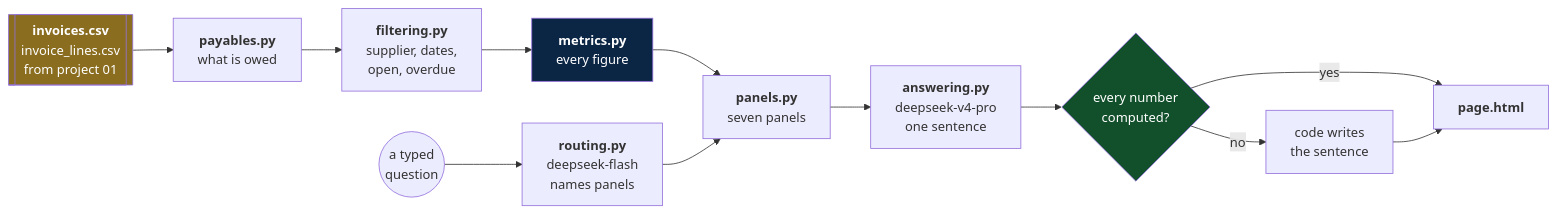
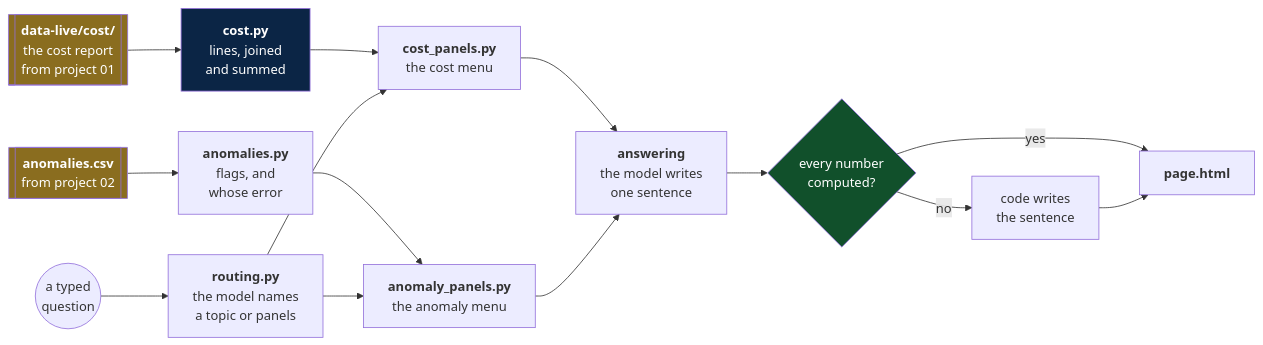
The diagram in README.md (RafaelTavares98/accounts-payable-dashboard-with-ai-chat-and-verified-numbers), drawn with Mermaid before and after one commit. The commit also changed other lines of this file and 109 other files, not shown here.

````diff
--- a/README.md
+++ b/README.md
@@ -23,17 +60,20 @@
 ```mermaid
 flowchart LR
-    A[["<b>invoices.csv</b><br/>invoice_lines.csv<br/>from project 01"]] --> B["<b>payables.py</b><br/>what is owed"]
-    B --> C["<b>filtering.py</b><br/>supplier, dates,<br/>open, overdue"]
-    C --> D["<b>metrics.py</b><br/>every figure"]
-    D --> E["<b>panels.py</b><br/>seven panels"]
-    Q(("a typed<br/>question")) --> R["<b>routing.py</b><br/>deepseek-flash<br/>names panels"]
+    A[["<b>data-live/cost/</b><br/>the cost report<br/>from project 01"]] --> B["<b>cost.py</b><br/>lines, joined<br/>and summed"]
+    N[["<b>anomalies.csv</b><br/>from project 02"]] --> M["<b>anomalies.py</b><br/>flags, and<br/>whose error"]
+    B --> E["<b>cost_panels.py</b><br/>the cost menu"]
+    M --> F["<b>anomaly_panels.py</b><br/>the anomaly menu"]
+    Q(("a typed<br/>question")) --> R["<b>routing.py</b><br/>the model names<br/>a topic or panels"]
     R --> E
-    E --> S["<b>answering.py</b><br/>deepseek-v4-pro<br/>one sentence"]
+    R --> F
+    E --> S["<b>answering</b><br/>the model writes<br/>one sentence"]
+    F --> S
     S --> G{"every number<br/>computed?"}
     G -- yes --> P["<b>page.html</b>"]
     G -- no --> K["code writes<br/>the sentence"] --> P
 
     style A fill:#8a6d1f,color:#fff
-    style D fill:#0B2545,color:#fff
+    style N fill:#8a6d1f,color:#fff
+    style B fill:#0B2545,color:#fff
     style G fill:#11502b,color:#fff
 ```
````
